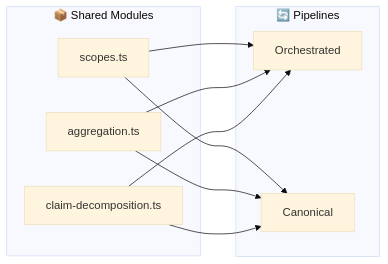
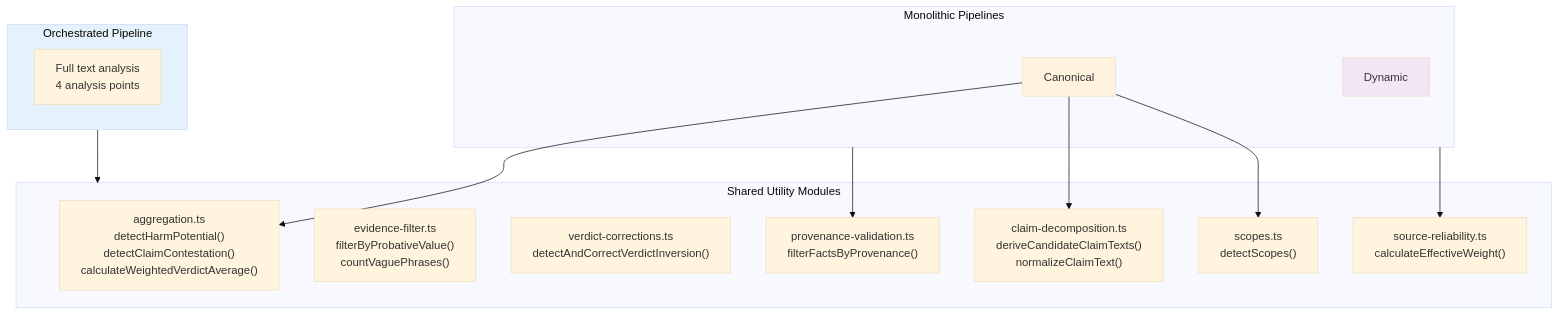
The first of 8 diagrams in Docs/ARCHITECTURE/Overview.md (robertschaub/FactHarbor), drawn with Mermaid (base theme) before and after one commit. The commit also changed other lines of this file and 19 other files, not shown here.

````diff
--- a/Docs/ARCHITECTURE/Overview.md
+++ b/Docs/ARCHITECTURE/Overview.md
@@ -46,20 +46,32 @@
 ```mermaid
-flowchart LR
-    subgraph Shared["📦 Shared Modules"]
-        SCOPES[scopes.ts]
-        AGG[aggregation.ts]
-        CLAIM[claim-decomposition.ts]
+flowchart TB
+    subgraph SHARED["Shared Utility Modules"]
+        AGG["aggregation.ts<br/>detectHarmPotential()<br/>detectClaimContestation()<br/>calculateWeightedVerdictAverage()"]
+        FILT["evidence-filter.ts<br/>filterByProbativeValue()<br/>countVaguePhrases()"]
+        VERD["verdict-corrections.ts<br/>detectAndCorrectVerdictInversion()"]
+        PROV["provenance-validation.ts<br/>filterFactsByProvenance()"]
+        CLAIM["claim-decomposition.ts<br/>deriveCandidateClaimTexts()<br/>normalizeClaimText()"]
+        SCOPE["scopes.ts<br/>detectScopes()"]
+        SR["source-reliability.ts<br/>calculateEffectiveWeight()"]
     end
 
-    subgraph Pipelines["🔄 Pipelines"]
-        ORCH[Orchestrated]
-        CANON[Canonical]
+    subgraph ORCH["Orchestrated Pipeline"]
+        O1["Full text analysis<br/>4 analysis points"]
     end
 
-    SCOPES --> ORCH
-    SCOPES --> CANON
-    AGG --> ORCH
-    AGG --> CANON
-    CLAIM --> ORCH
-    CLAIM --> CANON
+    subgraph MONO["Monolithic Pipelines"]
+        MC["Canonical"]
+        MD["Dynamic"]
+    end
+
+    ORCH --> SHARED
+    MONO --> PROV
+    MONO --> SR
+    MC --> AGG
+    MC --> CLAIM
+    MC --> SCOPE
+
+    style ORCH fill:#e3f2fd
+    style MC fill:#fff3e0
+    style MD fill:#f3e5f5
 ```
````
